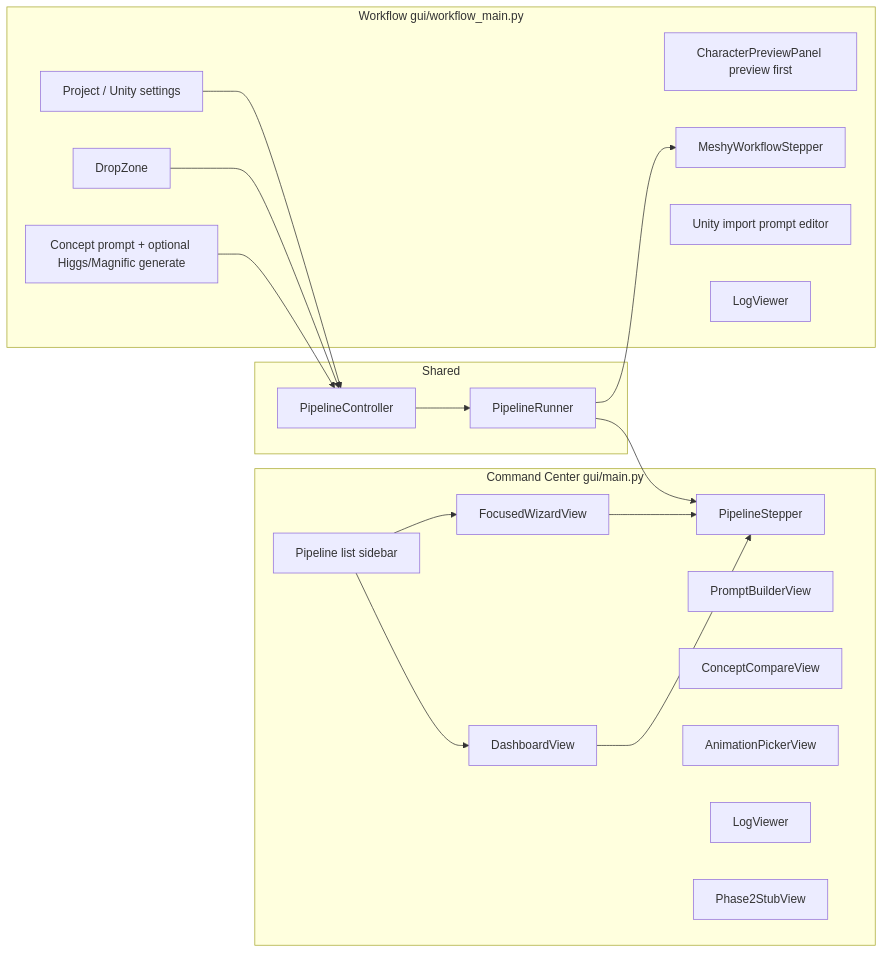
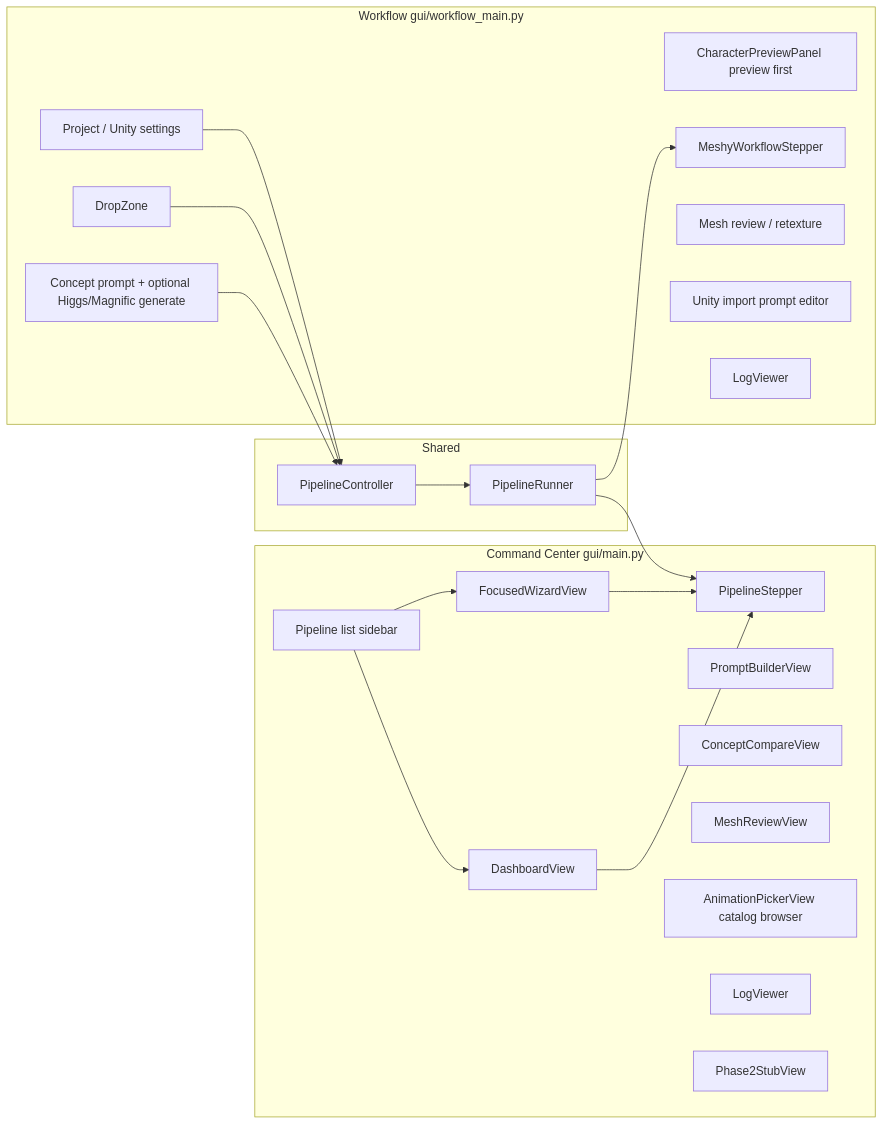
Before and after one commit to EazyTom/asset-assembly-automator: the fourth of 7 diagrams in README.md, drawn with Mermaid. The commit also changed other lines of this file and 71 other files, not shown here.

````diff
--- a/README.md
+++ b/README.md
@@ -210,37 +212,39 @@
 ```mermaid
 flowchart LR
     subgraph main [Command Center gui/main.py]
         PL[Pipeline list sidebar]
         DS[DashboardView]
         FW[FocusedWizardView]
         ST[PipelineStepper]
         PBV[PromptBuilderView]
         CCV[ConceptCompareView]
-        APV[AnimationPickerView]
+        MRV[MeshReviewView]
+        APV[AnimationPickerView catalog browser]
         LV[LogViewer]
         P2[Phase2StubView]
     end
     subgraph workflow [Workflow gui/workflow_main.py]
         CI[Concept prompt + optional Higgs/Magnific generate]
         DZ[DropZone]
         CPP[CharacterPreviewPanel preview first]
         MWS[MeshyWorkflowStepper]
+        MRW[Mesh review / retexture]
         CFG[Project / Unity settings]
         UIP[Unity import prompt editor]
         WLV[LogViewer]
     end
     subgraph ctrl [Shared]
         PC[PipelineController]
         PR[PipelineRunner]
     end
     PL --> DS
     PL --> FW
     DS --> ST
     FW --> ST
     CI --> PC
     DZ --> PC
     CFG --> PC
     PC --> PR
     PR --> ST
     PR --> MWS
 ```
````
